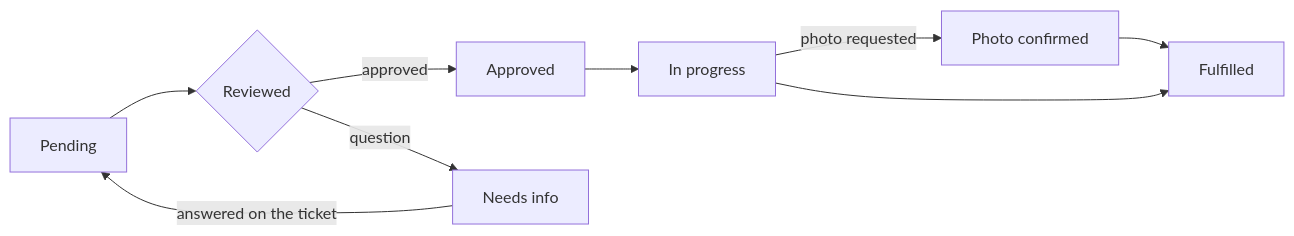
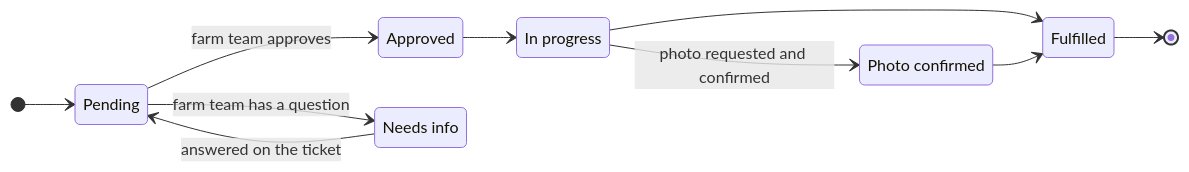
The diagram in docs/diagrams/farmflow/request-lifecycle.mmd (hbarsky00/barsky-design-canvas), drawn with Mermaid before and after one commit. The commit also changed 53 other files, not shown here.

First line of the commit message:
Redraw every diagram so they read at 1:1 and stop looking like one template

```diff
--- a/docs/diagrams/farmflow/request-lifecycle.mmd
+++ b/docs/diagrams/farmflow/request-lifecycle.mmd
@@ -1,9 +1,14 @@
-flowchart LR
-  P[Pending] --> R{Reviewed}
-  R -->|approved| A[Approved]
-  R -->|question| N[Needs info]
-  N -->|answered on the ticket| P
-  A --> I[In progress]
-  I -->|photo requested| C[Photo confirmed]
-  C --> F[Fulfilled]
-  I --> F
+stateDiagram-v2
+  direction LR
+  [*] --> Pending
+  Pending --> Approved: farm team approves
+  Pending --> NeedsInfo: farm team has a question
+  NeedsInfo --> Pending: answered on the ticket
+  Approved --> InProgress
+  InProgress --> PhotoConfirmed: photo requested and confirmed
+  InProgress --> Fulfilled
+  PhotoConfirmed --> Fulfilled
+  Fulfilled --> [*]
+  state "Needs info" as NeedsInfo
+  state "In progress" as InProgress
+  state "Photo confirmed" as PhotoConfirmed
```
